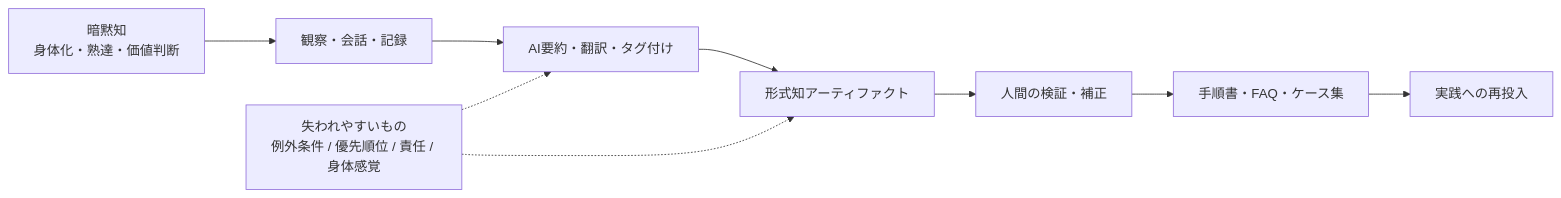
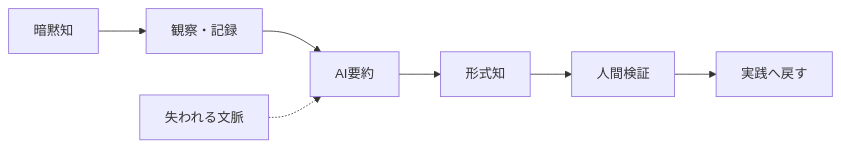
Before and after one commit to daylight55/research: the first of 2 diagrams in src/content/blog/tacit-knowledge-ai-summarization.mdx, drawn with Mermaid. The commit also changed other lines of this file and 20 other files, not shown here.

Commit message:
Mermaid図の表示サイズを調整

````diff
--- a/src/content/blog/tacit-knowledge-ai-summarization.mdx
+++ b/src/content/blog/tacit-knowledge-ai-summarization.mdx
@@ -35,12 +35,9 @@
 ```mermaid
 flowchart LR
-  A["暗黙知<br/>身体化・熟達・価値判断"] --> B["観察・会話・記録"]
-  B --> C["AI要約・翻訳・タグ付け"]
-  C --> D["形式知アーティファクト"]
-  D --> E["人間の検証・補正"]
-  E --> F["手順書・FAQ・ケース集"]
-  F --> G["実践への再投入"]
-
-  X["失われやすいもの<br/>例外条件 / 優先順位 / 責任 / 身体感覚"] -.-> C
-  X -.-> D
+  A["暗黙知"] --> B["観察・記録"]
+  B --> C["AI要約"]
+  C --> D["形式知"]
+  D --> E["人間検証"]
+  E --> F["実践へ戻す"]
+  X["失われる文脈"] -.-> C
 ```
````
